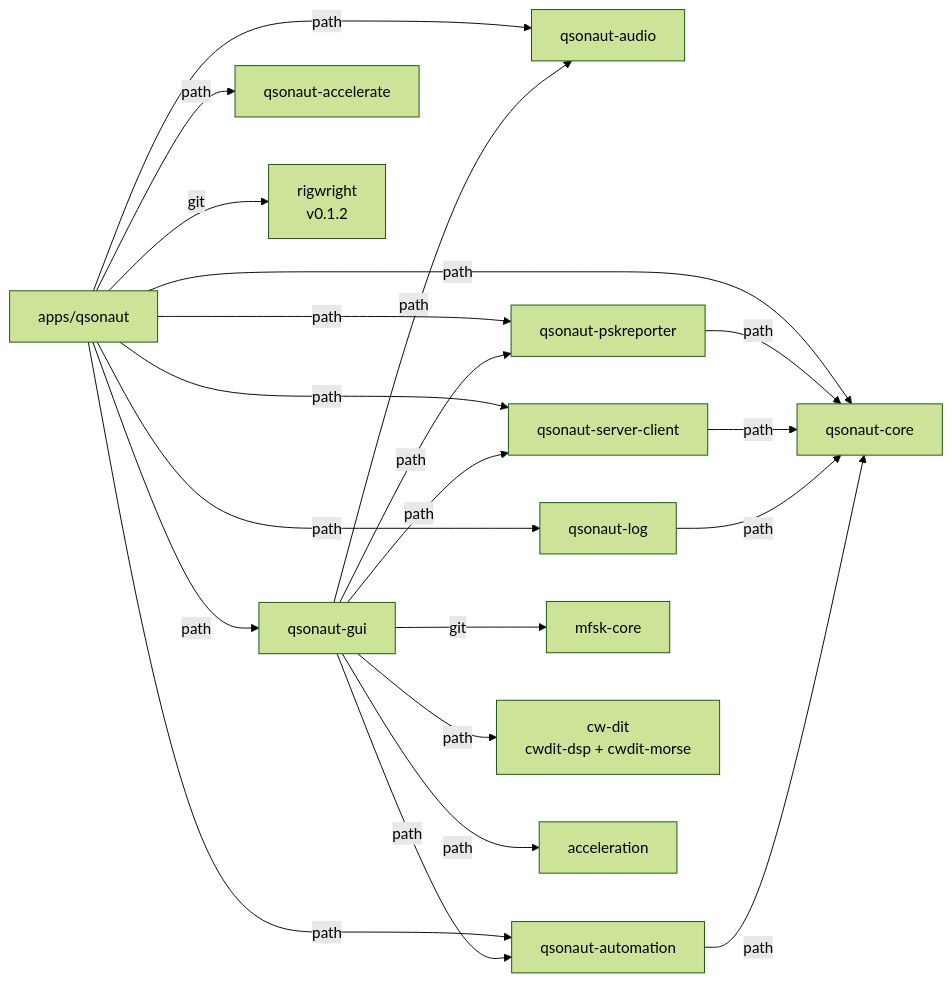
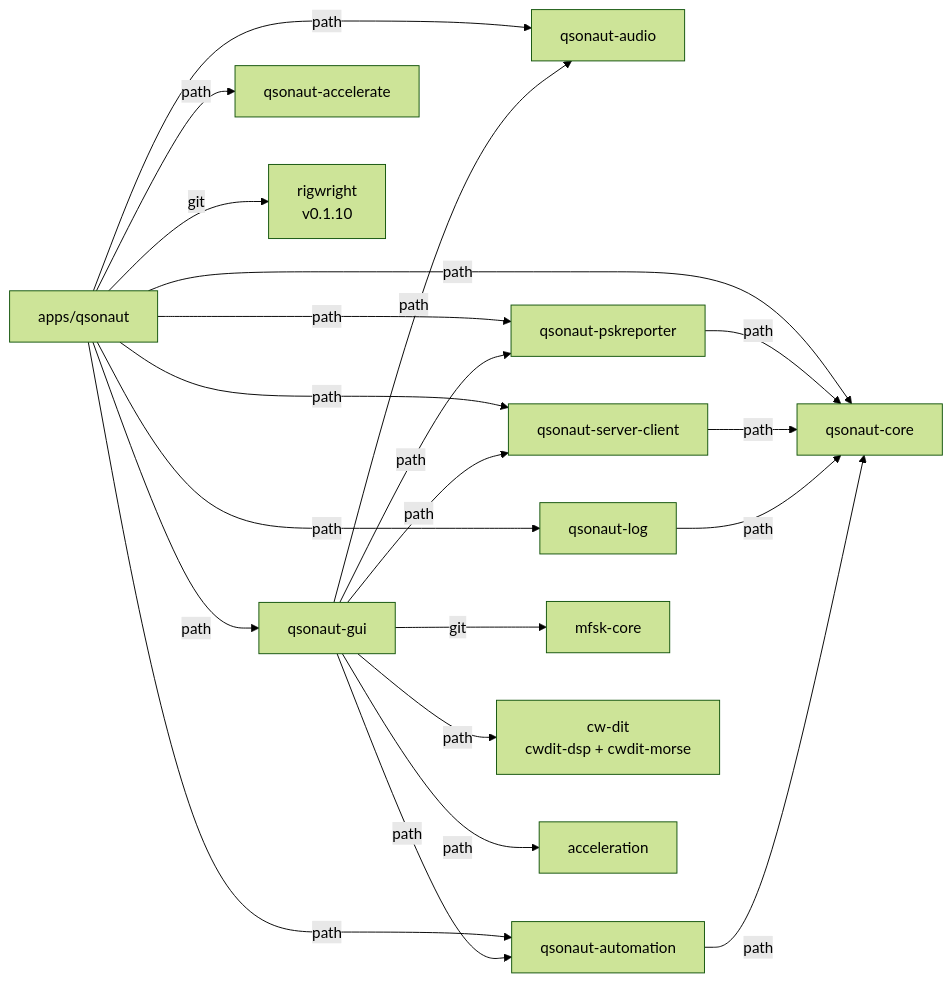
The third of 6 diagrams in docs/ARCHITECTURE.md (nicksbar/QSONaut), drawn with Mermaid (forest theme) before and after one commit. The commit also changed other lines of this file and 7 other files, not shown here.

````diff
--- a/docs/ARCHITECTURE.md
+++ b/docs/ARCHITECTURE.md
@@ -90,38 +90,38 @@
 ```mermaid
 graph LR
     qsonaut[apps/qsonaut]
     audio[qsonaut-audio]
     core[qsonaut-core]
     gui[qsonaut-gui]
     log[qsonaut-log]
     automation[qsonaut-automation]
     psk[qsonaut-pskreporter]
     server-client[qsonaut-server-client]
     accelerate[qsonaut-accelerate]
     mfsk[mfsk-core]
     cwdit[cw-dit<br/>cwdit-dsp + cwdit-morse]
-    rigwright[rigwright<br/>v0.1.2]
+    rigwright[rigwright<br/>v0.1.10]
     
     qsonaut -->|path| gui
     qsonaut -->|path| core
     qsonaut -->|path| audio
     qsonaut -->|path| log
     qsonaut -->|path| automation
     qsonaut -->|path| psk
     qsonaut -->|path| server-client
     qsonaut -->|path| accelerate
     qsonaut -->|git| rigwright
     
     gui -->|git| mfsk
     gui -->|path| cwdit
     gui -->|path| audio
     gui -->|path| acceleration
     gui -->|path| automation
     gui -->|path| server-client
     gui -->|path| psk
     
     psk -->|path| core
     server-client -->|path| core
     log -->|path| core
     automation -->|path| core
 ```
````
